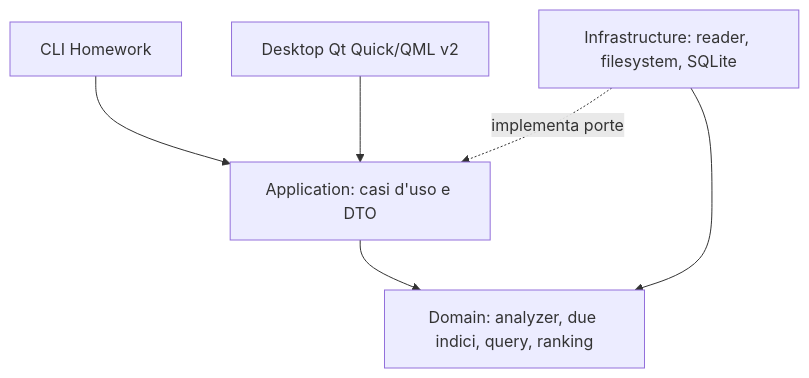
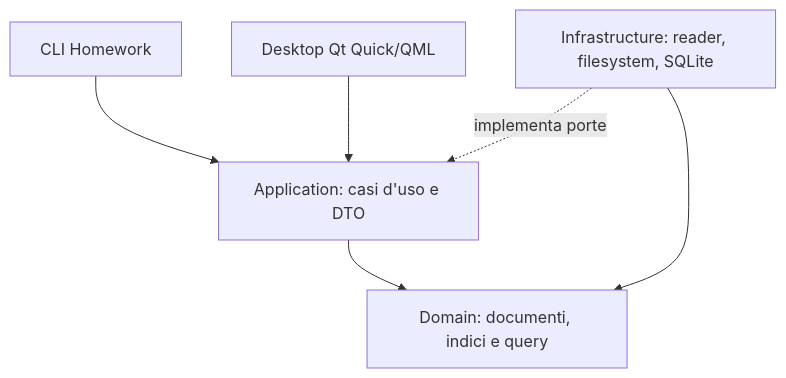
The diagram in docs/ARCHITECTURE.md (Forest904/local-document-search), drawn with Mermaid before and after one commit. The commit also changed other lines of this file and 76 other files, not shown here.

````diff
--- a/docs/ARCHITECTURE.md
+++ b/docs/ARCHITECTURE.md
@@ -5,8 +5,8 @@
 ```mermaid
 flowchart TB
   CLI[CLI Homework] --> APP[Application: casi d'uso e DTO]
-  QML[Desktop Qt Quick/QML v2] --> APP
-  APP --> DOM[Domain: analyzer, due indici, query, ranking]
+  QML[Desktop Qt Quick/QML] --> APP
+  APP --> DOM[Domain: documenti, indici e query]
   INF[Infrastructure: reader, filesystem, SQLite] -. implementa porte .-> APP
   INF --> DOM
 ```
````
